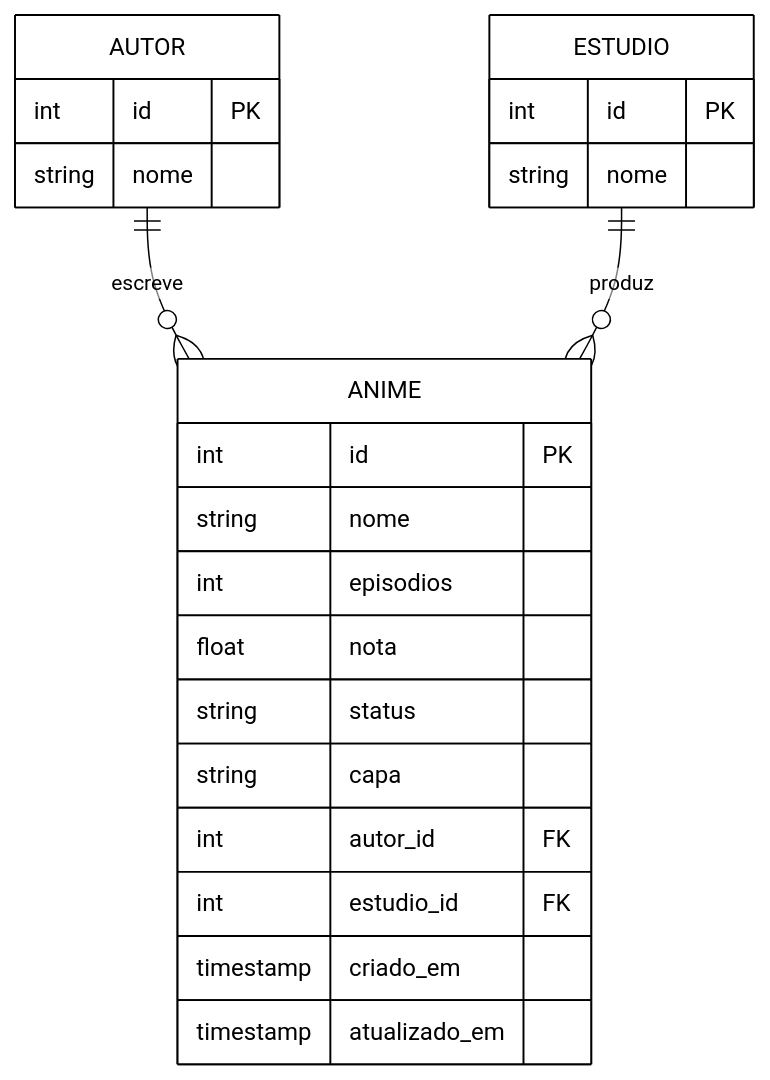
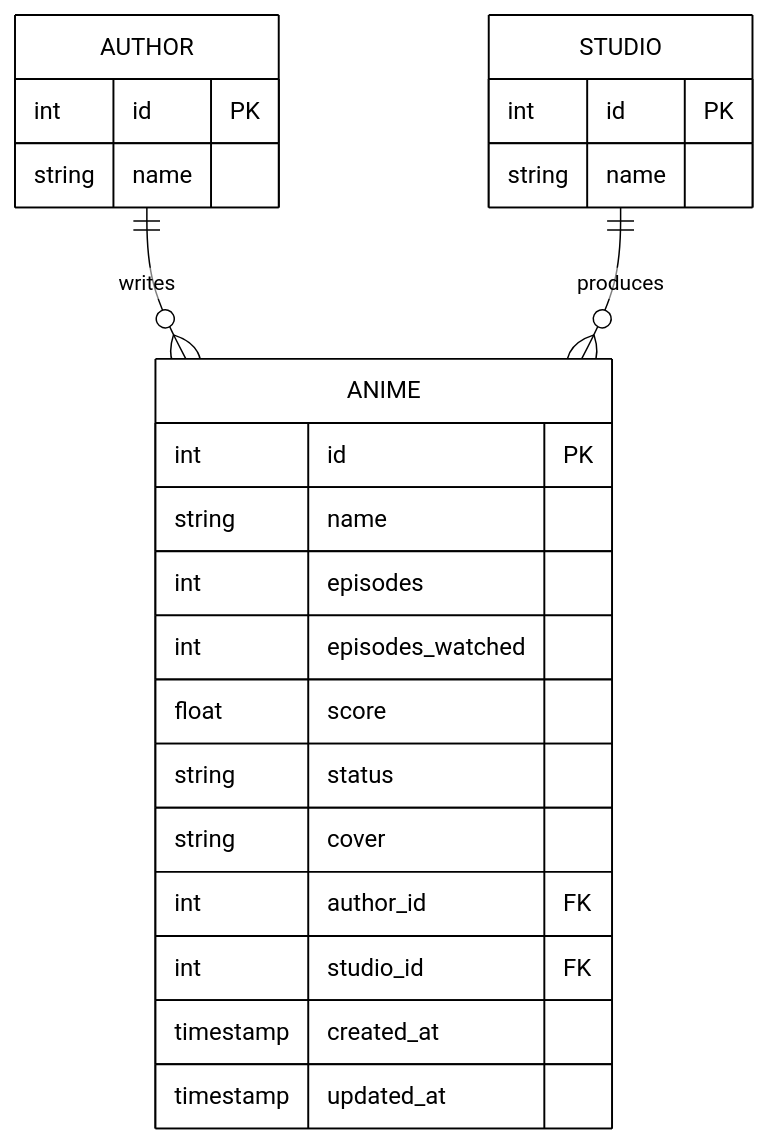
Before and after one commit to EvertonDev2002/curso-ll-backend-fastapi: the diagram in slide/md/02-aula.md, drawn with Mermaid. The commit also changed other lines of this file and 6 other files, not shown here.

````diff
--- a/slide/md/02-aula.md
+++ b/slide/md/02-aula.md
@@ -495,39 +129,40 @@
 ```mermaid
-
 %%{
   init: {
     "theme": "base",
     "themeVariables": {
       "primaryColor": "#FFFFFF",
       "primaryBorderColor": "#000000",
       "primaryTextColor": "#000000",
       "lineColor": "#000000",
       "background": "#FFFFFF"
     }
   }
 }%%
 
 erDiagram
-    AUTOR {
+    AUTHOR {
         int id PK
-        string nome
+        string name
     }
-    ESTUDIO {
+    STUDIO {
         int id PK
-        string nome
+        string name
     }
     ANIME {
         int id PK
-        string nome
-        int episodios
-        float nota
+        string name
+        int episodes
+        int episodes_watched
+        float score
         string status
-        string capa
-        int autor_id FK
-        int estudio_id FK
-        timestamp criado_em
-        timestamp atualizado_em
+        string cover
+        int author_id FK
+        int studio_id FK
+        timestamp created_at
+        timestamp updated_at
     }
-    AUTOR ||--o{ ANIME : "escreve"
-    ESTUDIO ||--o{ ANIME : "produz"
+    AUTHOR ||--o{ ANIME : "writes"
+    STUDIO ||--o{ ANIME : "produces"
+
 ```
````
